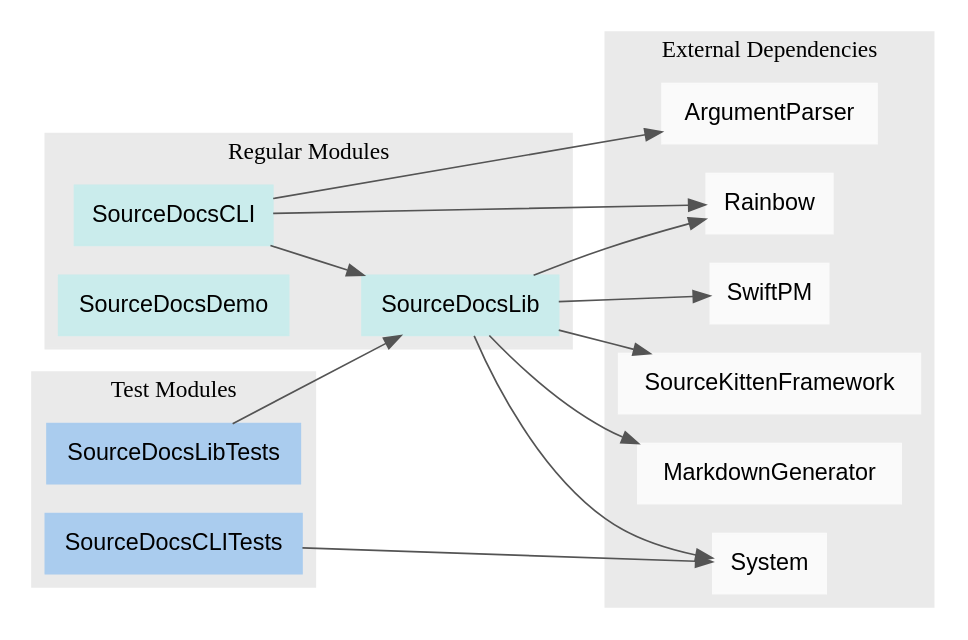
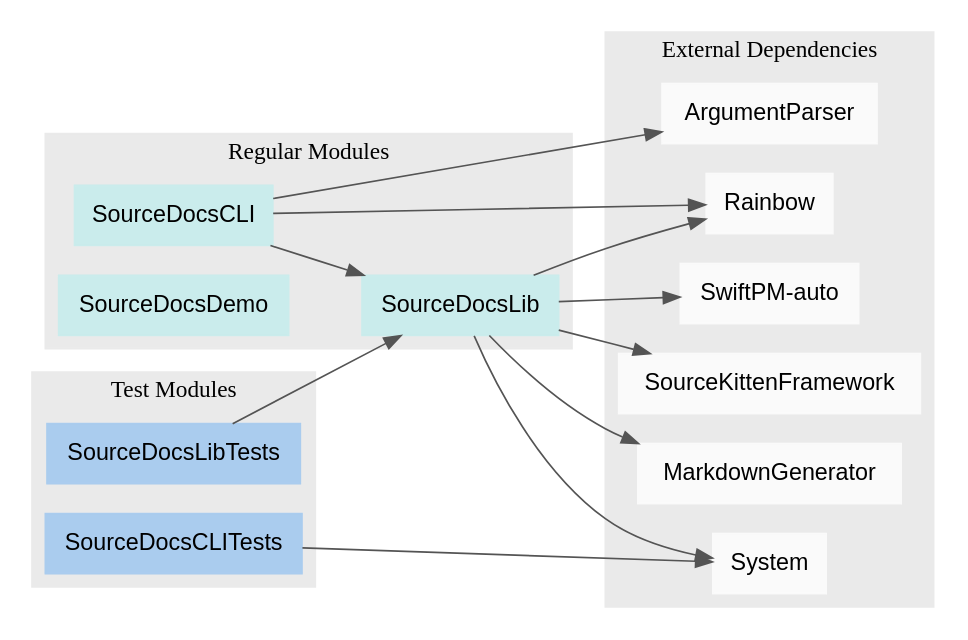
The diagram in PackageModules.dot (SourceDocs/SourceDocs), drawn with Graphviz before and after one commit. The commit also changed 5 other files, not shown here.

Commit message:
Use SwiftPM-auto to link statically when building for Release

```diff
--- a/PackageModules.dot
+++ b/PackageModules.dot
@@ -1,41 +1,41 @@
 digraph ModuleDependencyGraph {
     rankdir = LR
     graph [fontname="Helvetica-light", style = filled, color = "#eaeaea"]
     node [shape=box, fontname="Helvetica", style=filled]
     edge [color="#545454"]
 
     subgraph clusterRegular {
     label = "Regular Modules"
     node [color="#caecec"]
-    SourceDocsCLI
-    SourceDocsLib
-    SourceDocsDemo
+    "SourceDocsCLI"
+    "SourceDocsLib"
+    "SourceDocsDemo"
 }
     subgraph clusterTests {
     label = "Test Modules"
     node [color="#aaccee"]
-    SourceDocsCLITests
-    SourceDocsLibTests
+    "SourceDocsCLITests"
+    "SourceDocsLibTests"
 }
     subgraph clusterExternal {
     label = "External Dependencies"
     node [color="#fafafa"]
-    ArgumentParser
-    MarkdownGenerator
-    Rainbow
-    SourceKittenFramework
-    SwiftPM
-    System
+    "ArgumentParser"
+    "MarkdownGenerator"
+    "Rainbow"
+    "SourceKittenFramework"
+    "SwiftPM-auto"
+    "System"
 }
 
-    SourceDocsCLI -> SourceDocsLib
-    SourceDocsCLI -> ArgumentParser
-    SourceDocsCLI -> Rainbow
-    SourceDocsLib -> SourceKittenFramework
-    SourceDocsLib -> MarkdownGenerator
-    SourceDocsLib -> Rainbow
-    SourceDocsLib -> System
-    SourceDocsLib -> SwiftPM
-    SourceDocsCLITests -> System
-    SourceDocsLibTests -> SourceDocsLib
+    "SourceDocsCLI" -> "ArgumentParser"
+    "SourceDocsCLI" -> "SourceDocsLib"
+    "SourceDocsCLI" -> "Rainbow"
+    "SourceDocsLib" -> "SourceKittenFramework"
+    "SourceDocsLib" -> "SwiftPM-auto"
+    "SourceDocsLib" -> "MarkdownGenerator"
+    "SourceDocsLib" -> "Rainbow"
+    "SourceDocsLib" -> "System"
+    "SourceDocsCLITests" -> "System"
+    "SourceDocsLibTests" -> "SourceDocsLib"
 }
```
